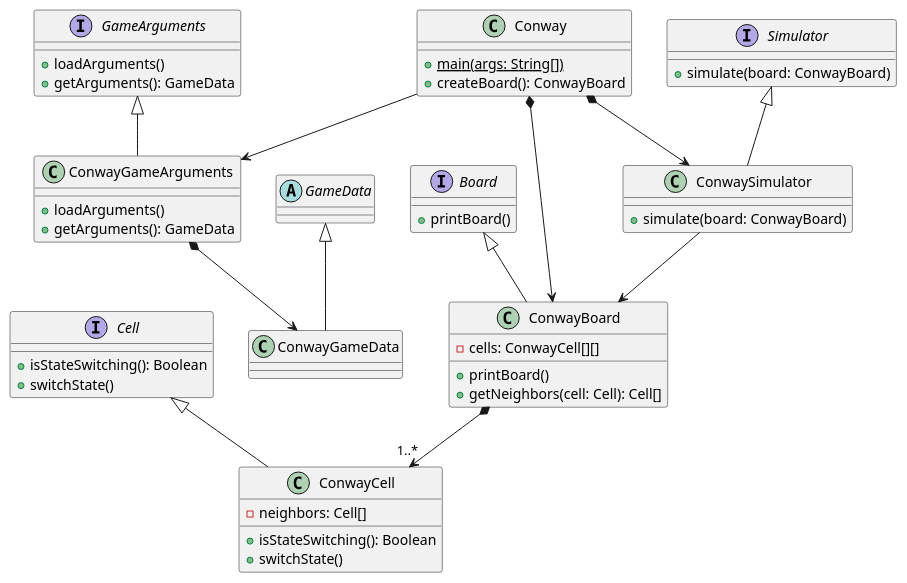
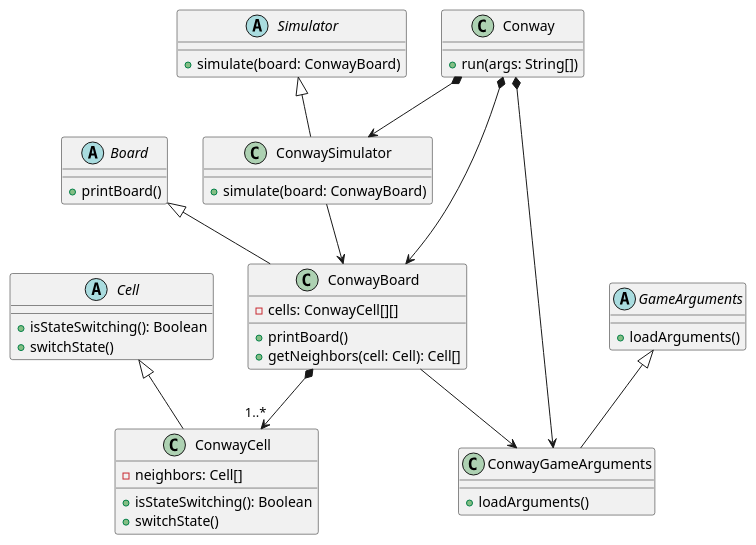
Before and after one commit to Sileye54/Conway-Game-of-Life: the diagram in _models/class_diagram.puml, drawn with PlantUML. The commit also changed 1 other file, not shown here.

Commit message:
Met a jour diagramme de  classe et d'objet

```diff
--- a/_models/class_diagram.puml
+++ b/_models/class_diagram.puml
@@ -1,65 +1,55 @@
 @startuml
 
 class Conway {
-  + {static} main(args: String[])
-  + createBoard(): ConwayBoard
+  + run(args: String[])
 }
 
-interface Cell {
+abstract Cell {
   + isStateSwitching(): Boolean
   + switchState()
 }
 
-interface Board {
+abstract Board {
   + printBoard()
 }
 
-interface Simulator {
+abstract Simulator {
   + simulate(board: ConwayBoard)
 }
 
-interface GameArguments{
+abstract GameArguments{
 	+ loadArguments()
-	+ getArguments(): GameData
-}
-abstract GameData{
-
 }
 
 class ConwayCell {
   - neighbors: Cell[]
   + isStateSwitching(): Boolean
   + switchState()
 }
 
 class ConwayBoard {
   - cells: ConwayCell[][]
   + printBoard()
   + getNeighbors(cell: Cell): Cell[]
 }
 
 class ConwaySimulator {
   + simulate(board: ConwayBoard)
 }
-class ConwayGameData{
-
-}
 
 class ConwayGameArguments{
 	+ loadArguments()
-	+ getArguments(): GameData
 }
 
 Conway *--> ConwayBoard
 Conway *--> ConwaySimulator
-Conway --> ConwayGameArguments
-ConwayGameArguments *--> ConwayGameData
+Conway *--> ConwayGameArguments
 Cell <|-- ConwayCell
 Board <|-- ConwayBoard
 Simulator <|-- ConwaySimulator
 GameArguments <|-- ConwayGameArguments
-GameData <|-- ConwayGameData
+ConwayBoard --> ConwayGameArguments
 ConwayBoard *--> "1..*" ConwayCell
 ConwaySimulator --> ConwayBoard
 
 @enduml
```
